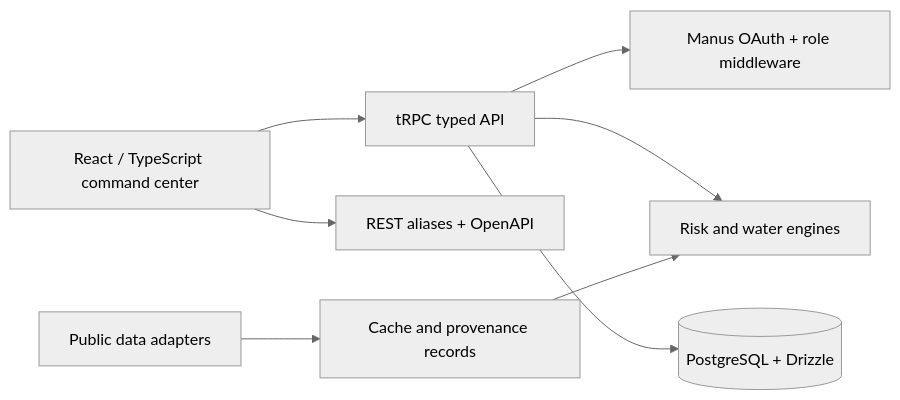
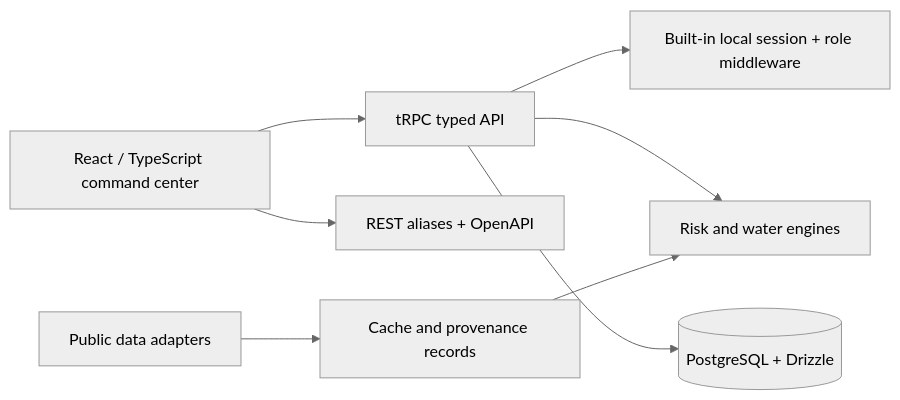
The first of 3 diagrams in docs/diagrams.md (its-krush/himalayan_spring_recharge_network), drawn with Mermaid (neutral theme) before and after one commit. The commit also changed 17 other files, not shown here.

Commit message:
Remove Manus OAuth and make deployment standalone

````diff
--- a/docs/diagrams.md
+++ b/docs/diagrams.md
@@ -5,10 +5,10 @@
 ```mermaid
 flowchart LR
   Browser[React / TypeScript command center] --> T[tRPC typed API]
   Browser --> R[REST aliases + OpenAPI]
-  T --> A[Manus OAuth + role middleware]
+  T --> A[Built-in local session + role middleware]
   T --> E[Risk and water engines]
   T --> D[(PostgreSQL + Drizzle)]
   I[Public data adapters] --> C[Cache and provenance records]
   C --> E
 ```
````
